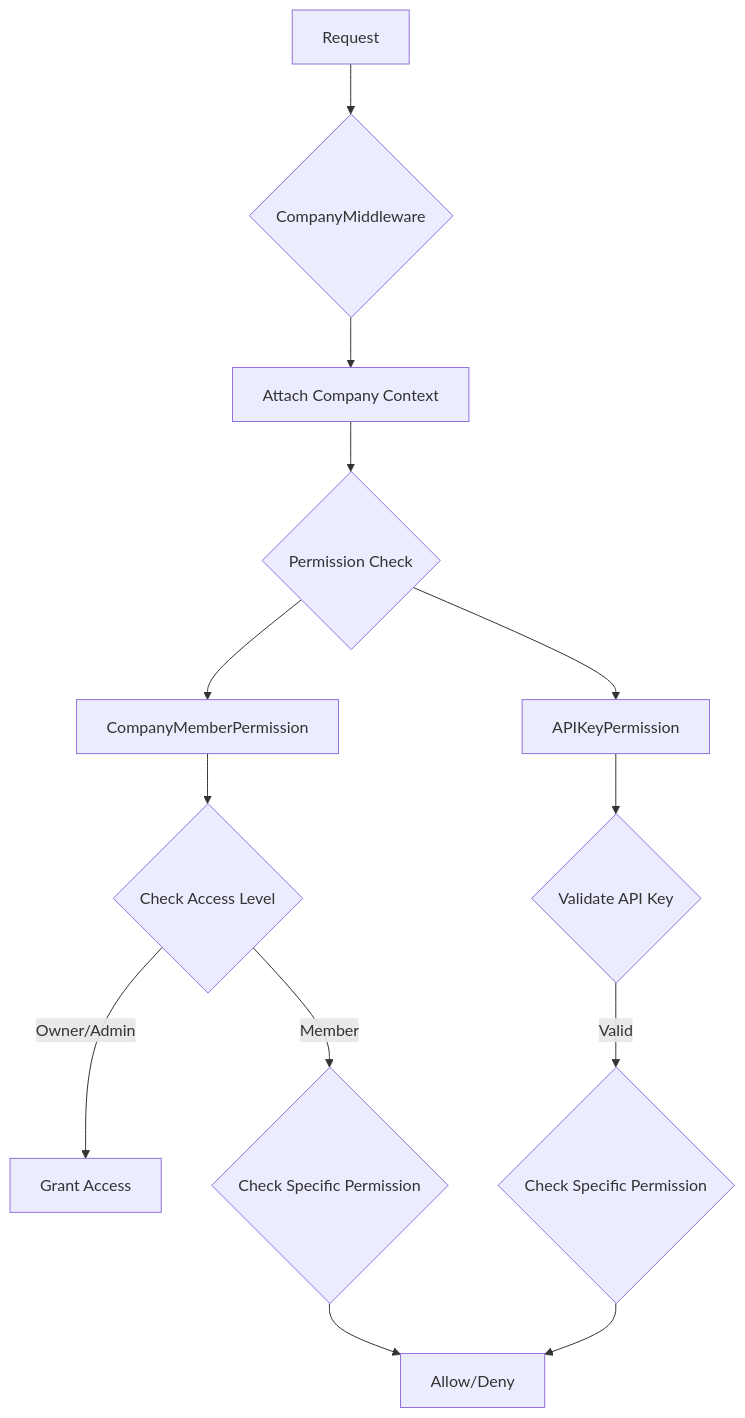
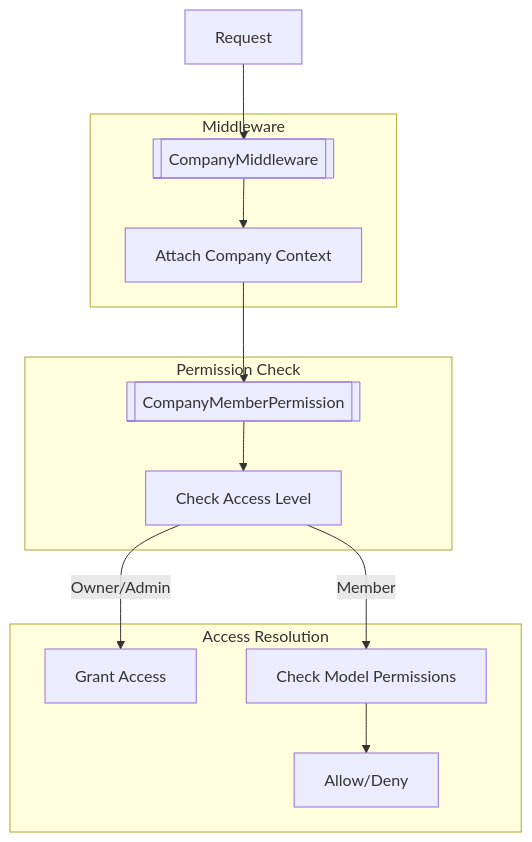
The second of 2 diagrams in server/django/docs/rbac.md (awecode/awecount), drawn with Mermaid before and after one commit. The commit also changed other lines of this file, not shown here.

Commit message:
refactor: update permission actions to use standard CRUD terminology and enhance documentation

````diff
--- a/server/django/docs/rbac.md
+++ b/server/django/docs/rbac.md
@@ -109,15 +98,19 @@
 ```mermaid
 flowchart TD
-    A[Request] --> B{CompanyMiddleware}
+    A[Request] --> B[[CompanyMiddleware]]
+
+    subgraph Middleware
     B --> C[Attach Company Context]
-    C --> D{Permission Check}
-    D --> E[CompanyMemberPermission]
-    D --> F[APIKeyPermission]
-    E --> G{Check Access Level}
-    G -->|Owner/Admin| H[Grant Access]
-    G -->|Member| I{Check Specific Permission}
-    F --> J{Validate API Key}
-    J -->|Valid| K{Check Specific Permission}
-    I --> L[Allow/Deny]
-    K --> L
+    end
+
+    subgraph Permission Check
+    C --> D[[CompanyMemberPermission]]
+    D --> E[Check Access Level]
+    end
+
+    subgraph Access Resolution
+    E -->|Owner/Admin| F[Grant Access]
+    E -->|Member| G[Check Model Permissions]
+    G --> H[Allow/Deny]
+    end
 ```
````
